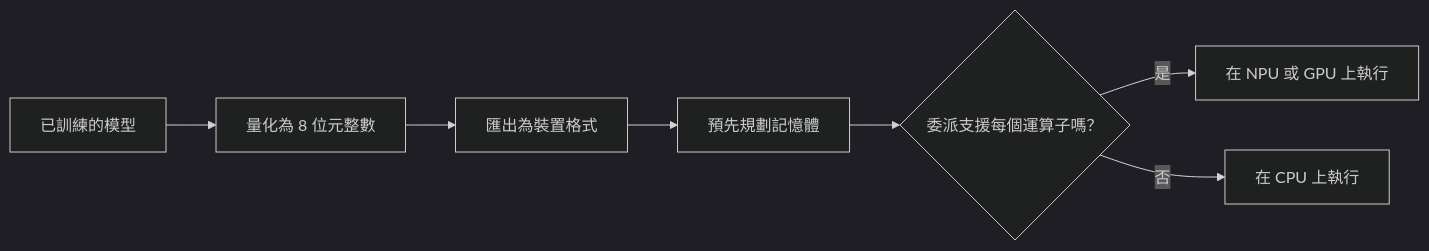
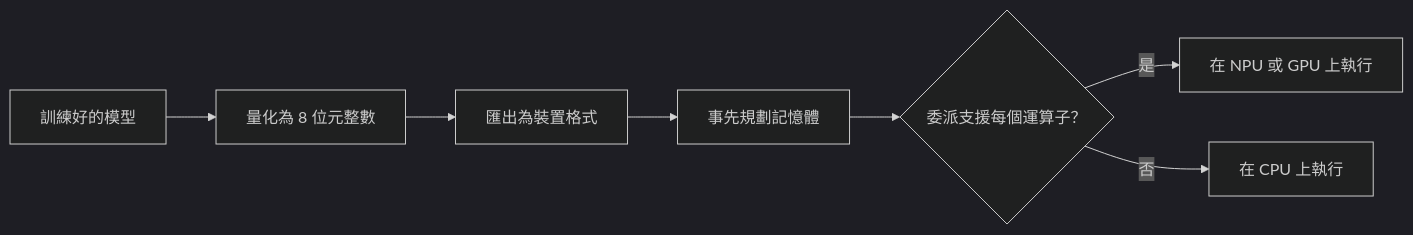
One commit to zi-yue-1129/ai-wiki changed the diagram in docs/engineering/on-device-edge/tinyml-and-mobile-runtimes/index.zh-TW.md. Above: the diagram before and after it, drawn with Mermaid (dark theme). The commit also changed other lines of this file and 15 other files, not shown here.

````diff
--- a/docs/engineering/on-device-edge/tinyml-and-mobile-runtimes/index.zh-TW.md
+++ b/docs/engineering/on-device-edge/tinyml-and-mobile-runtimes/index.zh-TW.md
@@ -40,9 +41,9 @@
 ```mermaid
 flowchart LR
-  T[已訓練的模型] --> Q[量化為 8 位元整數]
+  T[訓練好的模型] --> Q[量化為 8 位元整數]
   Q --> X[匯出為裝置格式]
-  X --> P[預先規劃記憶體]
-  P --> D{委派支援每個運算子嗎？}
+  X --> P[事先規劃記憶體]
+  P --> D{委派支援每個運算子？}
   D -->|是| N[在 NPU 或 GPU 上執行]
   D -->|否| U[在 CPU 上執行]
 ```
````
